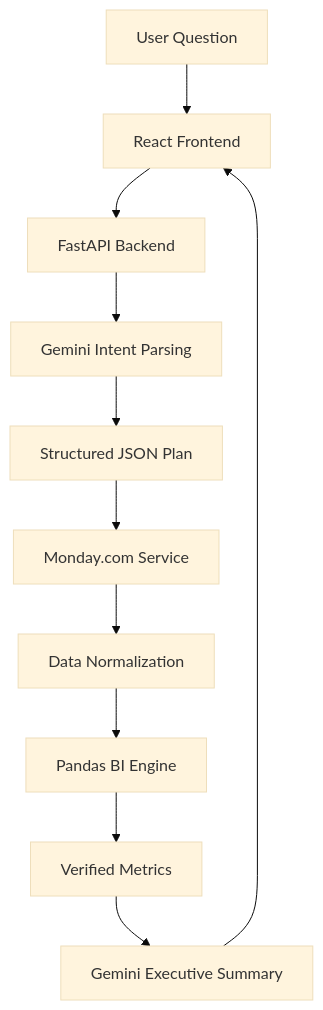
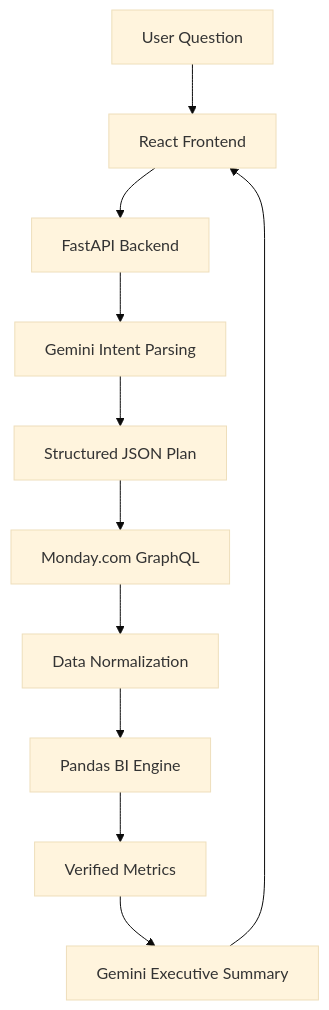
One commit to subhashchandra1224/skylark-bi-agent changed the diagram in README.md. Above: the diagram before and after it, drawn with Mermaid (base theme). The commit also changed other lines of this file and 4 other files, not shown here.

````diff
--- a/README.md
+++ b/README.md
@@ -10,13 +30,13 @@
 ```mermaid
 graph TD
     A[User Question] --> B[React Frontend]
     B --> C[FastAPI Backend]
     C --> D[Gemini Intent Parsing]
     D --> E[Structured JSON Plan]
-    E --> F[Monday.com Service]
+    E --> F[Monday.com GraphQL]
     F --> G[Data Normalization]
     G --> H[Pandas BI Engine]
     H --> I[Verified Metrics]
     I --> J[Gemini Executive Summary]
     J --> B
 ```
````
